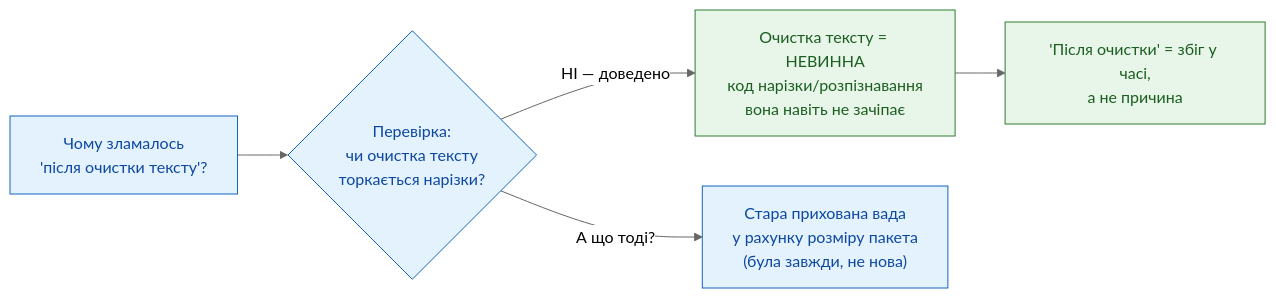
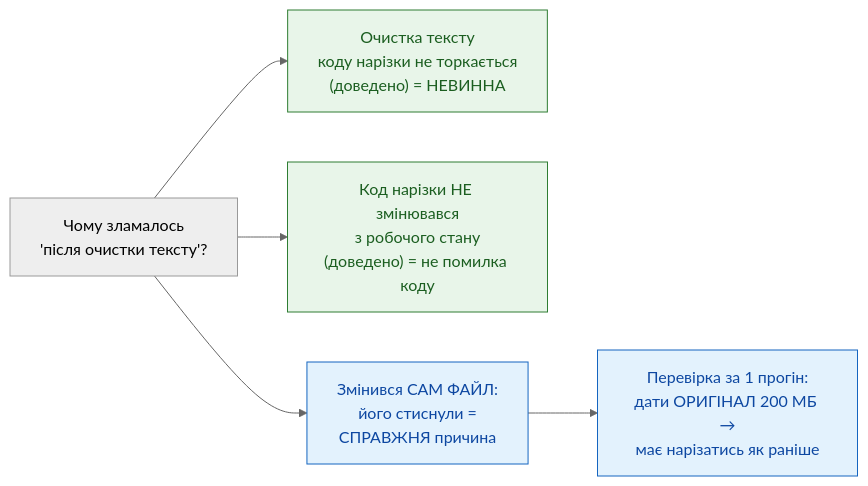
Before and after one commit to vadymlevyt/registry: the fourth of 5 diagrams in docs/mermaid/flow_dp_regression_40mb_diagnosis.md, drawn with Mermaid (neutral theme). The commit also changed other lines of this file and 1 other file, not shown here.

First line of the commit message:
docs: поправка діагнозу — корінь регресії нарізки = стиснення PDF, не floor

````diff
--- a/docs/mermaid/flow_dp_regression_40mb_diagnosis.md
+++ b/docs/mermaid/flow_dp_regression_40mb_diagnosis.md
@@ -63,13 +91,13 @@
 ```mermaid
 flowchart LR
-    Q["Чому зламалось<br/>'після очистки тексту'?"] --> CHECK{"Перевірка:<br/>чи очистка тексту<br/>торкається нарізки?"}
-    CHECK -->|"НІ — доведено"| INNOCENT["Очистка тексту = НЕВИННА<br/>код нарізки/розпізнавання<br/>вона навіть не зачіпає"]
-    CHECK -->|"А що тоді?"| REAL["Стара прихована вада<br/>у рахунку розміру пакета<br/>(була завжди, не нова)"]
+    Q["Чому зламалось<br/>'після очистки тексту'?"] --> C1["Очистка тексту<br/>коду нарізки не торкається<br/>(доведено) = НЕВИННА"]
+    Q --> C2["Код нарізки НЕ змінювався<br/>з робочого стану<br/>(доведено) = не помилка коду"]
+    Q --> C3["Змінився САМ ФАЙЛ:<br/>його стиснули =<br/>СПРАВЖНЯ причина"]
 
-    INNOCENT --> WHY["'Після очистки' = збіг у часі,<br/>а не причина"]
+    C3 --> PROOF["Перевірка за 1 прогін:<br/>дати ОРИГІНАЛ 200 МБ →<br/>має нарізатись як раніше"]
 
     classDef good fill:#e8f5e9,stroke:#2e7d32,color:#1b5e20;
     classDef neutral fill:#e3f2fd,stroke:#1565c0,color:#0d47a1;
-    class INNOCENT,WHY good;
-    class REAL,Q,CHECK neutral;
+    class C1,C2 good;
+    class C3,PROOF neutral;
 ```
````
